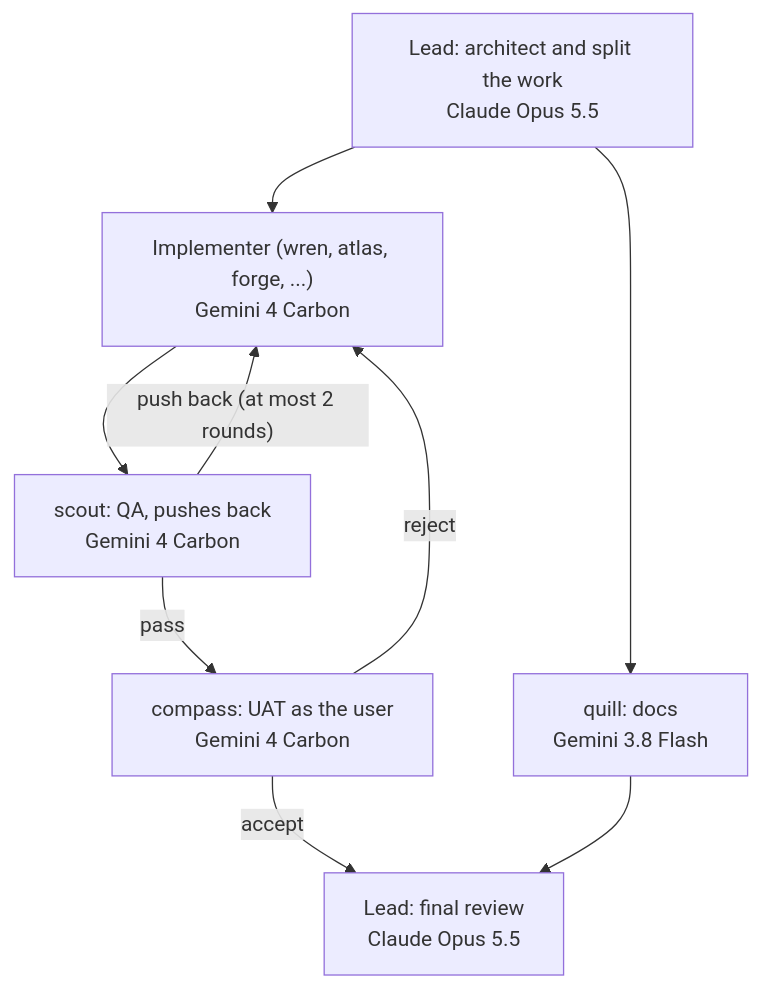
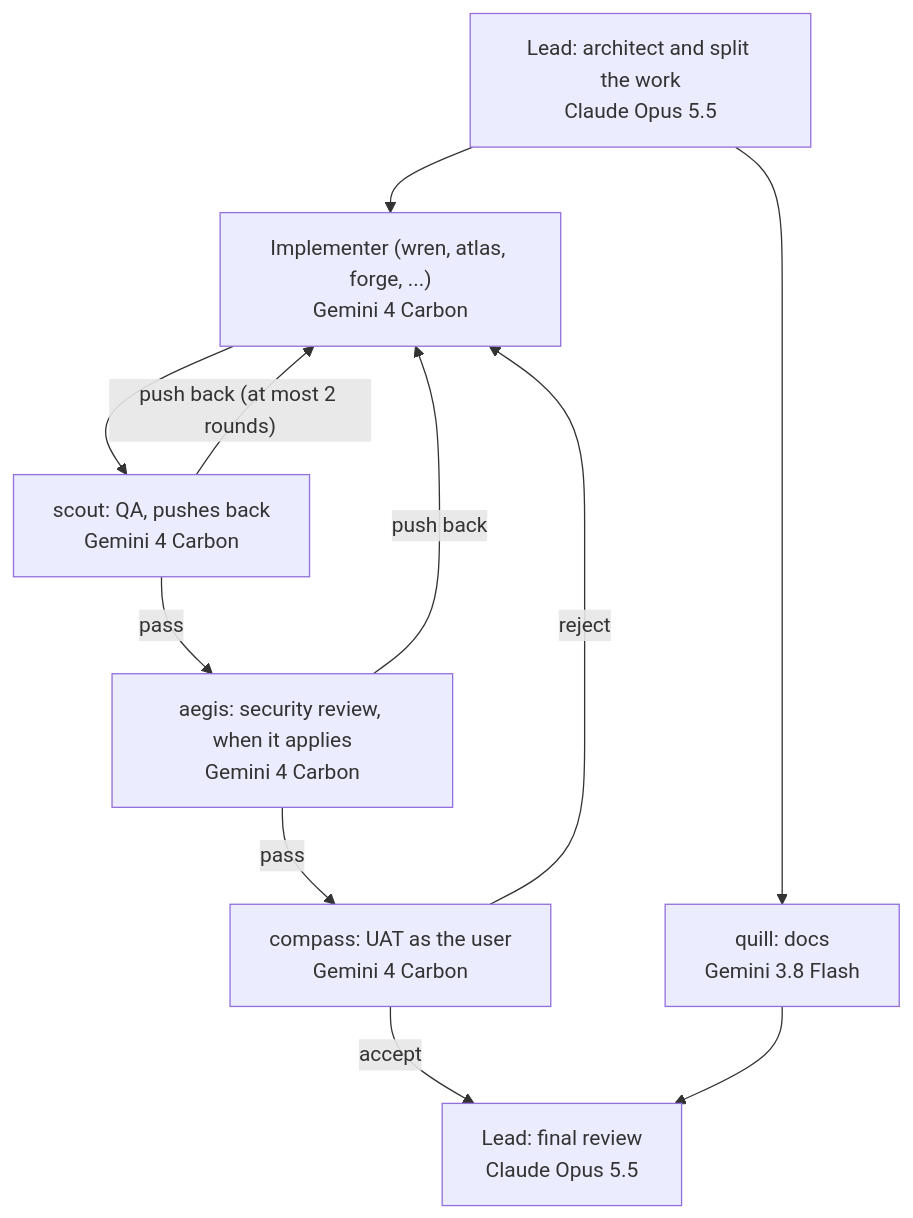
One commit to VitruvianSoftware/vitruvian-core changed the diagram in docs/concepts/agent-team.md. Above: the diagram before and after it, drawn with Mermaid. The commit also changed other lines of this file and 11 other files, not shown here.

First line of the commit message:
feat(agents): aegis reviews security-sensitive changes, and the lead knows when to consult Fable

````diff
--- a/docs/concepts/agent-team.md
+++ b/docs/concepts/agent-team.md
@@ -7,17 +7,20 @@
 ```mermaid
 flowchart TD
     L1["Lead: architect and split the work<br/>Claude Opus 5.5"]
     W["Implementer (wren, atlas, forge, ...)<br/>Gemini 4 Carbon"]
     Q["scout: QA, pushes back<br/>Gemini 4 Carbon"]
     D["quill: docs<br/>Gemini 3.8 Flash"]
     L2["Lead: final review<br/>Claude Opus 5.5"]
     L1 --> W
     L1 --> D
     W --> Q
     Q -- "push back (at most 2 rounds)" --> W
     U["compass: UAT as the user<br/>Gemini 4 Carbon"]
-    Q -- "pass" --> U
+    S["aegis: security review, when it applies<br/>Gemini 4 Carbon"]
+    Q -- "pass" --> S
+    S -- "push back" --> W
+    S -- "pass" --> U
     U -- "reject" --> W
     U -- "accept" --> L2
     D --> L2
 ```
````
